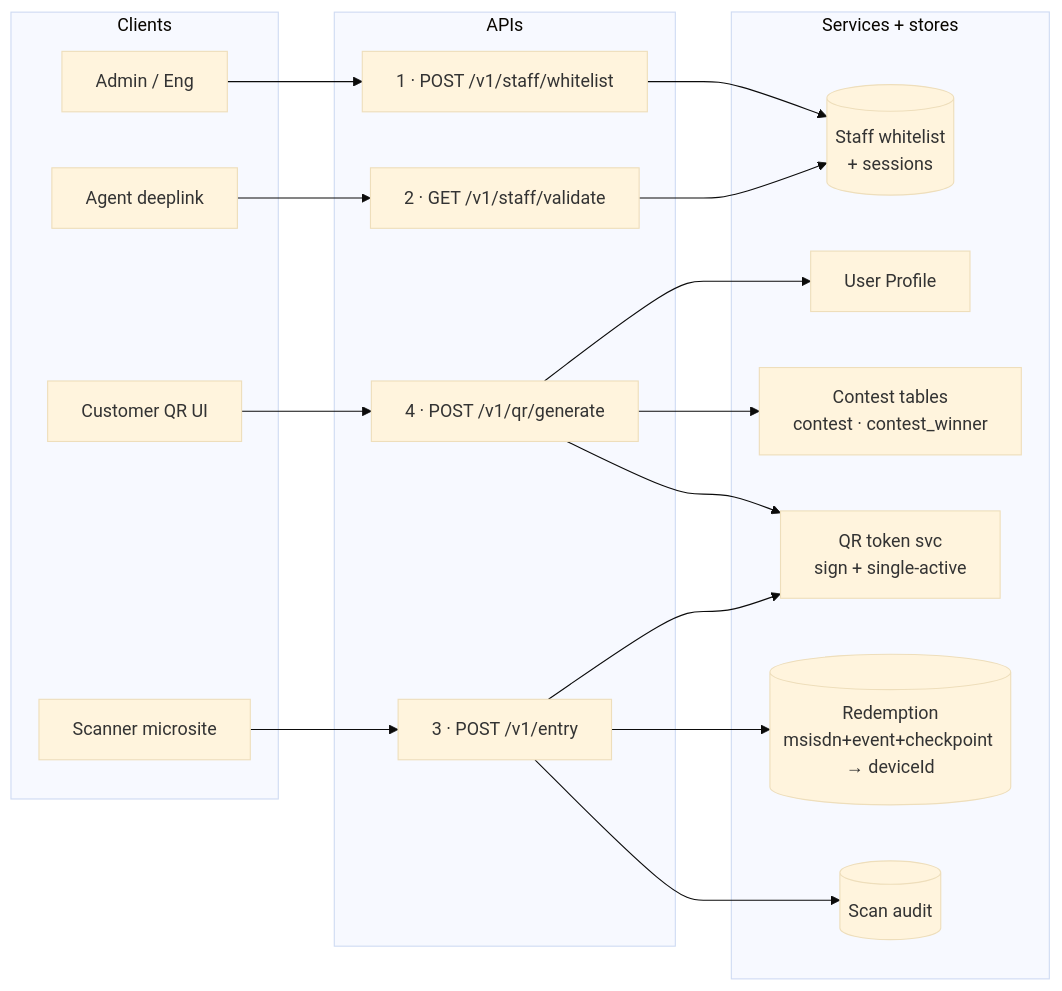
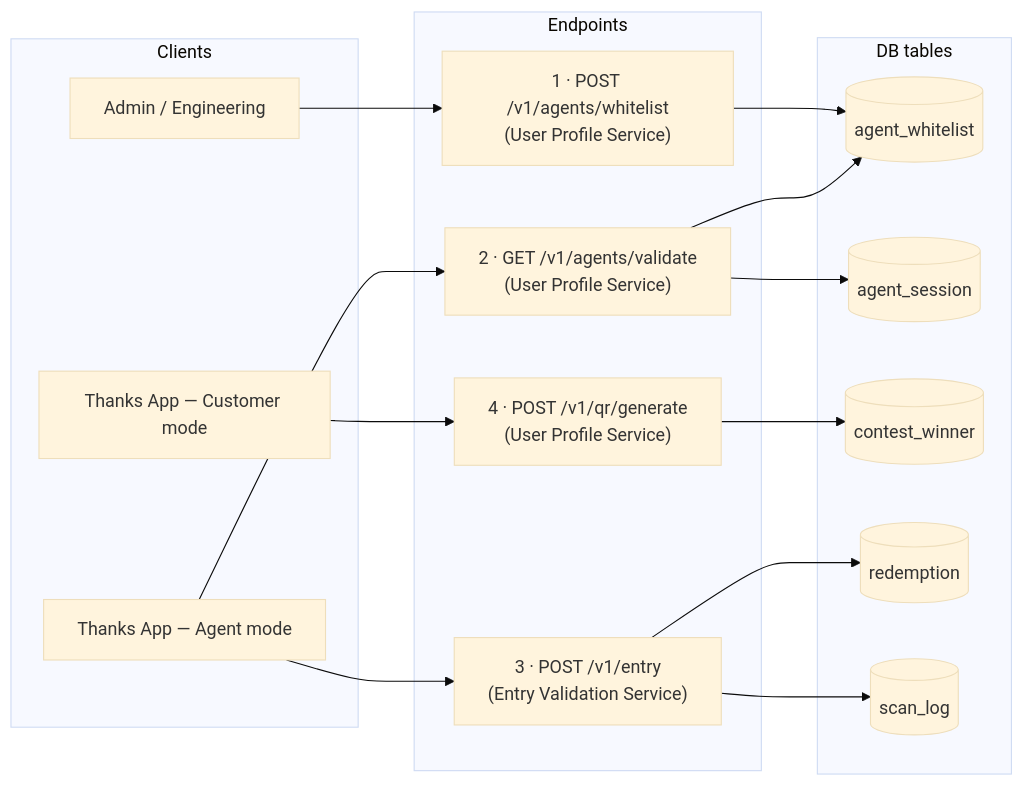
Before and after one commit to Amitpawar503/lazzy: the third of 15 diagrams in docs/digital-membership/03-hld.md, drawn with Mermaid (base theme). The commit also changed other lines of this file and 4 other files, not shown here.

````diff
--- a/docs/digital-membership/03-hld.md
+++ b/docs/digital-membership/03-hld.md
@@ -139,35 +122,30 @@
 ```mermaid
 flowchart LR
   subgraph Clients
-    WL[Admin / Eng]
-    DL[Agent deeplink]
-    QRUI[Customer QR UI]
-    SCN[Scanner microsite]
+    ADMIN[Admin / Engineering]
+    ACUST[Thanks App — Customer mode]
+    AAGENT[Thanks App — Agent mode]
   end
 
-  subgraph APIs
-    A1["1 · POST /v1/staff/whitelist"]
-    A2["2 · GET /v1/staff/validate"]
-    A3["3 · POST /v1/entry"]
-    A4["4 · POST /v1/qr/generate"]
+  subgraph Endpoints
+    A1["1 · POST /v1/agents/whitelist\n(User Profile Service)"]
+    A2["2 · GET /v1/agents/validate\n(User Profile Service)"]
+    A3["3 · POST /v1/entry\n(Entry Validation Service)"]
+    A4["4 · POST /v1/qr/generate\n(User Profile Service)"]
   end
 
-  subgraph Svc["Services + stores"]
-    CON["Contest tables\ncontest · contest_winner"]
-    QRS["QR token svc\nsign + single-active"]
-    RDM[("Redemption\nmsisdn+event+checkpoint → deviceId")]
-    SESS[("Staff whitelist\n+ sessions")]
-    UPROF[User Profile]
-    LOG[(Scan audit)]
+  subgraph Data["DB tables"]
+    WL[(agent_whitelist)]
+    ASESS[(agent_session)]
+    CW[(contest_winner)]
+    RDM[(redemption)]
+    LOG[(scan_log)]
   end
 
-  WL --> A1 --> SESS
-  DL --> A2 --> SESS
-  QRUI --> A4 --> UPROF
-  A4 --> CON
-  A4 --> QRS
-  SCN --> A3
-  A3 --> QRS
-  A3 --> RDM
+  ADMIN --> A1 --> WL
+  AAGENT --> A2 --> WL
+  A2 --> ASESS
+  ACUST --> A4 --> CW
+  AAGENT --> A3 --> RDM
   A3 --> LOG
 ```
````
